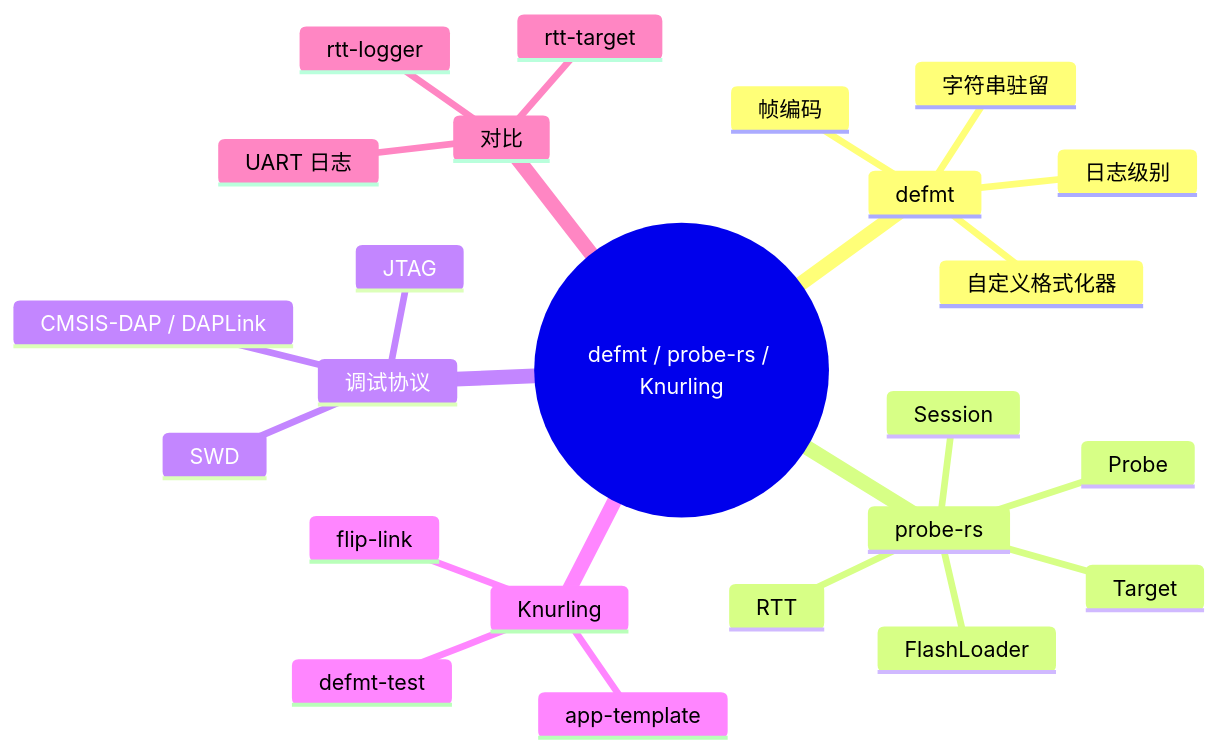
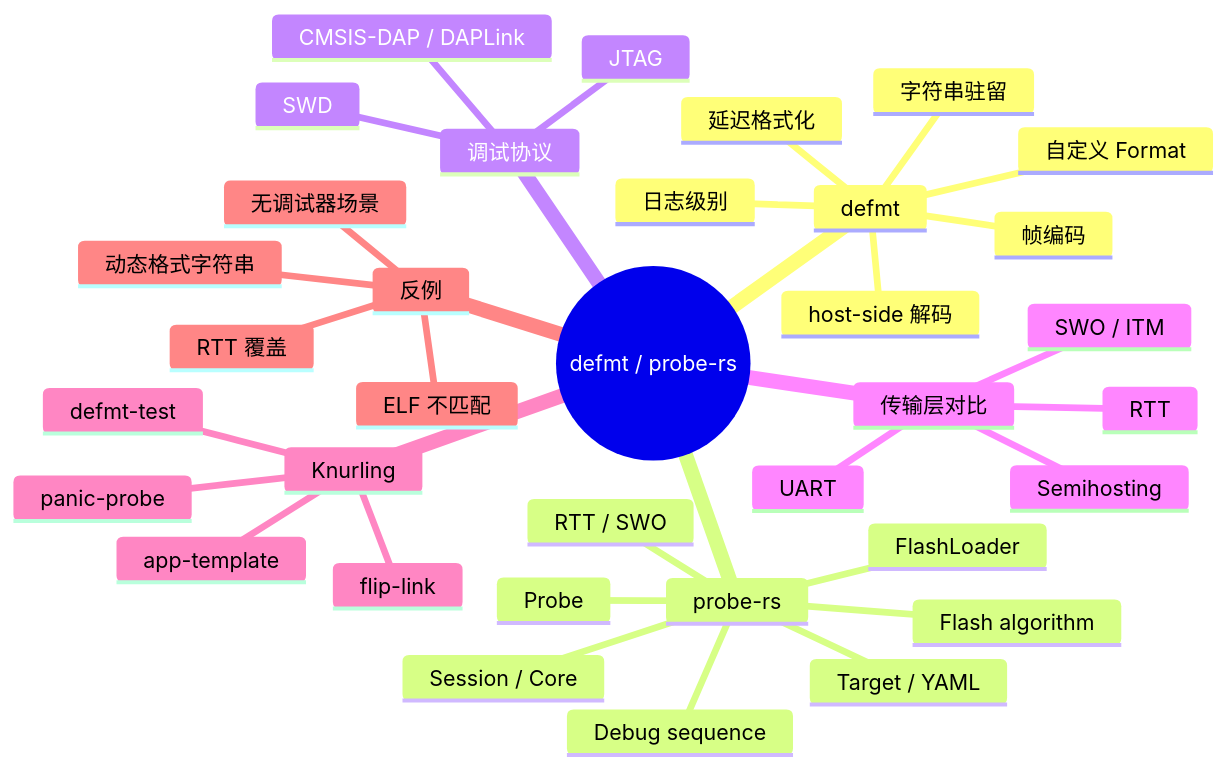
The first of 3 diagrams in concept/06_ecosystem/05_systems_and_embedded/36_defmt_probe_rs_architecture.md (martin-ly/rust-lang), drawn with Mermaid before and after one commit. The commit also changed other lines of this file and 91 other files, not shown here.

````diff
--- a/concept/06_ecosystem/05_systems_and_embedded/36_defmt_probe_rs_architecture.md
+++ b/concept/06_ecosystem/05_systems_and_embedded/36_defmt_probe_rs_architecture.md
@@ -28,27 +41,38 @@
 ```mermaid
 mindmap
-  root((defmt / probe-rs / Knurling))
+  root((defmt / probe-rs))
     defmt
+      延迟格式化
       帧编码
       字符串驻留
-      自定义格式化器
+      自定义 Format
       日志级别
+      host-side 解码
     probe-rs
       Probe
-      Target
-      Session
+      Target / YAML
+      Session / Core
       FlashLoader
-      RTT
+      Flash algorithm
+      Debug sequence
+      RTT / SWO
     调试协议
       CMSIS-DAP / DAPLink
       SWD
       JTAG
+    传输层对比
+      RTT
+      SWO / ITM
+      Semihosting
+      UART
     Knurling
       app-template
       flip-link
       defmt-test
-    对比
-      rtt-target
-      rtt-logger
-      UART 日志
+      panic-probe
+    反例
+      动态格式字符串
+      ELF 不匹配
+      RTT 覆盖
+      无调试器场景
 ```
````
